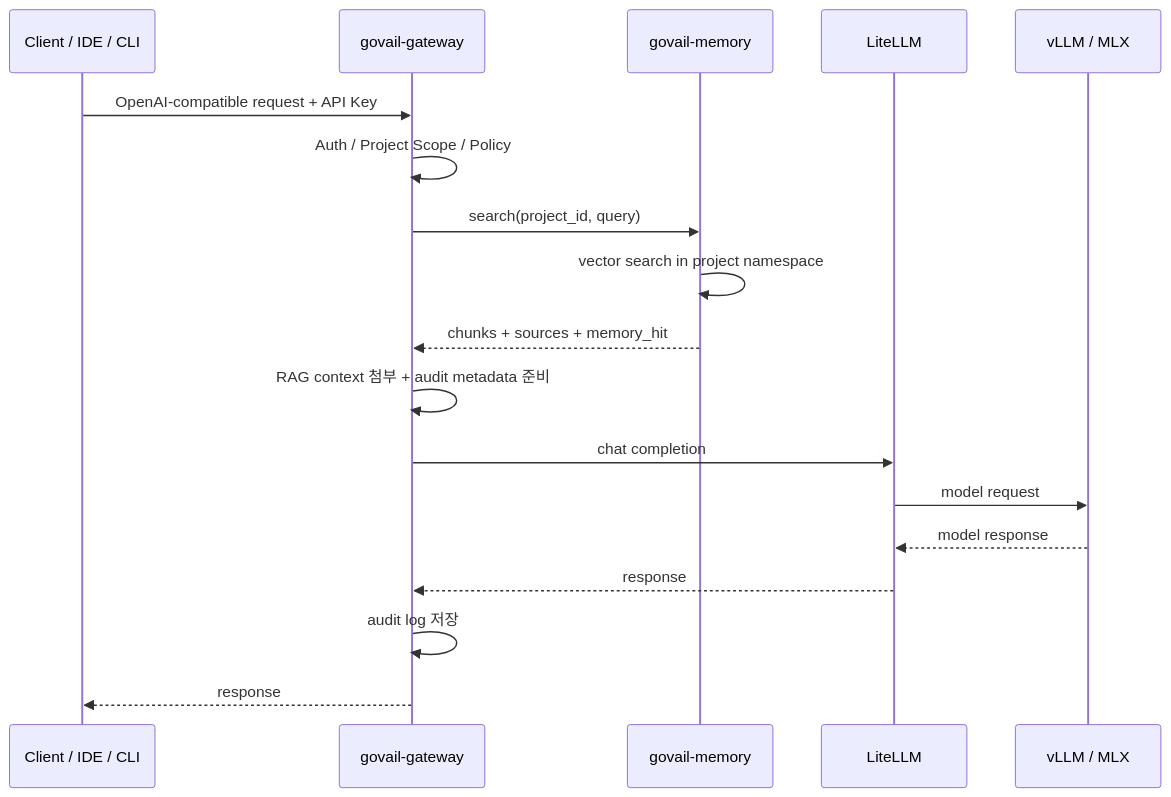
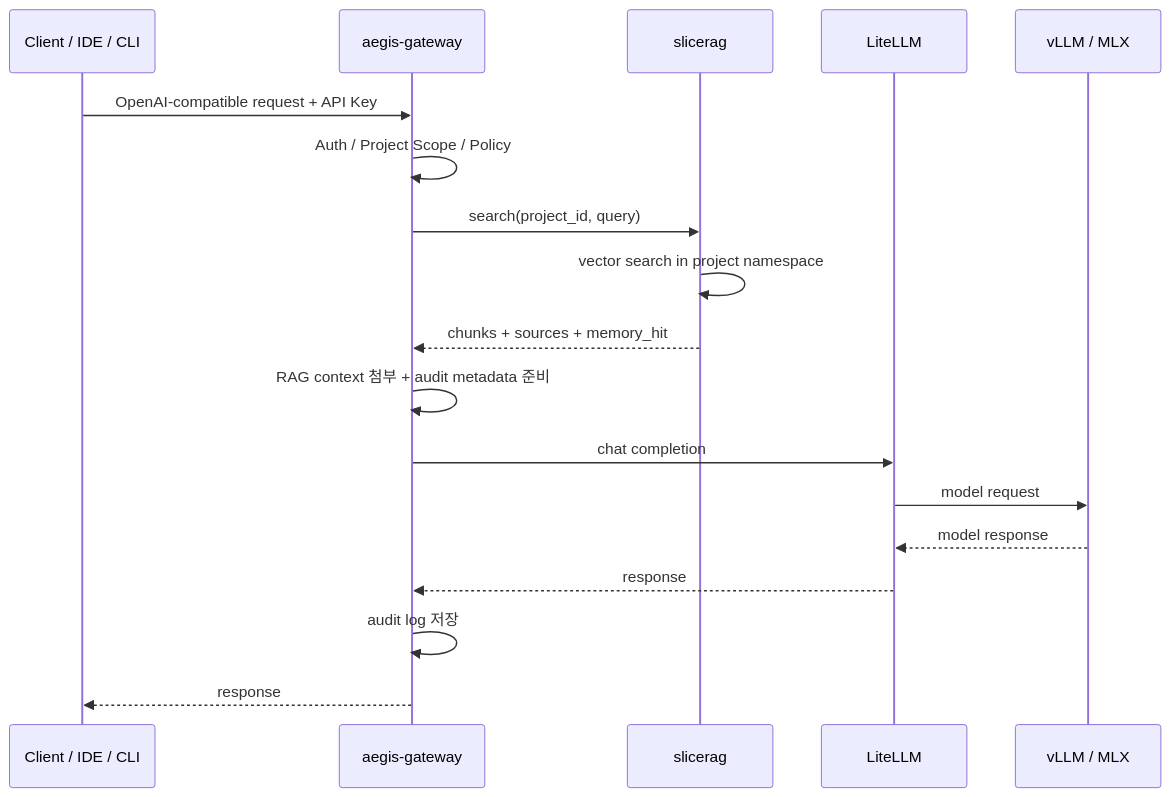
Before and after one commit to devcy0922/slicerag: the diagram in docs/architecture.md, drawn with Mermaid. The commit also changed other lines of this file and 22 other files, not shown here.

Commit message:
refactor: rename environment variables prefix to SLICERAG_ and remove govail references

````diff
--- a/docs/architecture.md
+++ b/docs/architecture.md
@@ -11,21 +11,21 @@
 ```mermaid
 sequenceDiagram
     participant Client as Client / IDE / CLI
-    participant Gateway as govail-gateway
-    participant Memory as govail-memory
+    participant Gateway as aegis-gateway
+    participant Memory as slicerag
     participant Router as LiteLLM
     participant Model as vLLM / MLX
 
     Client->>Gateway: OpenAI-compatible request + API Key
     Gateway->>Gateway: Auth / Project Scope / Policy
     Gateway->>Memory: search(project_id, query)
     Memory->>Memory: vector search in project namespace
     Memory-->>Gateway: chunks + sources + memory_hit
     Gateway->>Gateway: RAG context 첨부 + audit metadata 준비
     Gateway->>Router: chat completion
     Router->>Model: model request
     Model-->>Router: model response
     Router-->>Gateway: response
     Gateway->>Gateway: audit log 저장
     Gateway-->>Client: response
 ```
````
